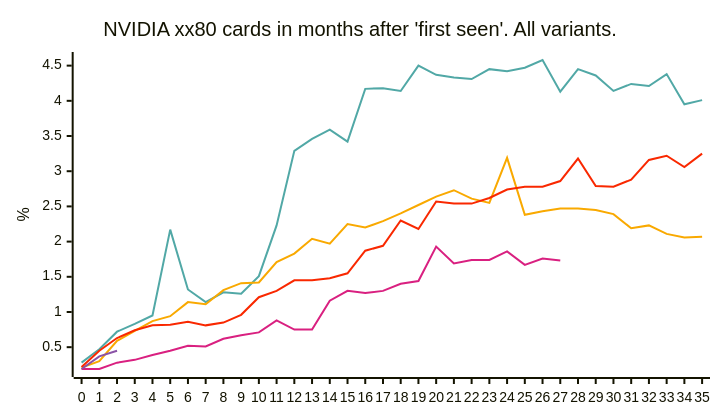
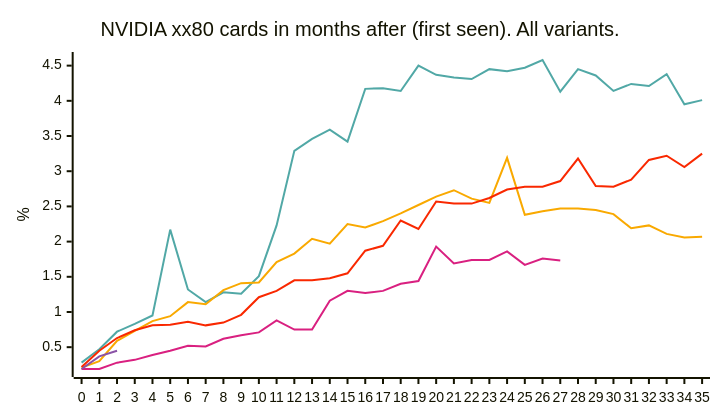
Before and after one commit to jdegene/birch-mapping: the second of 5 diagrams in README.md, drawn with Mermaid. The commit also changed other lines of this file, not shown here.

````diff
--- a/README.md
+++ b/README.md
@@ -40,24 +40,24 @@
 ```mermaid
 ---
 config:
     xyChart:
         width: 700
         height: 400
         
     themeVariables:
         xyChart:
             plotColorPalette: "#51a8a6,#f9a900,#f92800,#d92080,#8a52a6"
 
 --- 
 
 
 xychart-beta
-    title "NVIDIA xx80 cards in months after 'first seen'. All variants."
+    title "NVIDIA xx80 cards in months after (first seen). All variants."
     x-axis[0, 1, 2, 3, 4, 5, 6, 7, 8, 9, 10, 11, 12, 13, 14, 15, 16, 17, 18, 19, 20, 21, 22, 23, 24, 25, 26, 27, 28, 29, 30, 31, 32, 33, 34, 35]
     y-axis "%" 
     line [0.27999999999999997, 0.47000000000000003, 0.72, 0.83, 0.95, 2.17, 1.32, 1.1400000000000001, 1.2799999999999998, 1.26, 1.5099999999999998, 2.23, 3.29, 3.46, 3.5900000000000003, 3.42, 4.17, 4.180000000000001, 4.14, 4.5, 4.37, 4.33, 4.31, 4.45, 4.42, 4.470000000000001, 4.58, 4.130000000000001, 4.45, 4.36, 4.14, 4.24, 4.21, 4.38, 3.95, 4.01]
     line [0.21, 0.3, 0.59, 0.7299999999999999, 0.8699999999999999, 0.9400000000000001, 1.1400000000000001, 1.1099999999999999, 1.31, 1.41, 1.4200000000000002, 1.71, 1.83, 2.04, 1.97, 2.25, 2.1999999999999997, 2.29, 2.4, 2.52, 2.64, 2.73, 2.6100000000000003, 2.5500000000000003, 3.19, 2.3800000000000003, 2.43, 2.4699999999999998, 2.4699999999999998, 2.45, 2.3899999999999997, 2.19, 2.23, 2.11, 2.06, 2.07]
     line [0.22, 0.44999999999999996, 0.63, 0.74, 0.8099999999999999, 0.8200000000000001, 0.86, 0.8099999999999999, 0.8500000000000001, 0.96, 1.21, 1.3, 1.4500000000000002, 1.45, 1.48, 1.55, 1.87, 1.94, 2.3, 2.18, 2.5700000000000003, 2.54, 2.54, 2.62, 2.74, 2.78, 2.78, 2.86, 3.18, 2.79, 2.78, 2.88, 3.16, 3.2199999999999998, 3.06, 3.25]
     line [0.19, 0.19, 0.27999999999999997, 0.32, 0.38999999999999996, 0.44999999999999996, 0.52, 0.51, 0.62, 0.67, 0.7100000000000001, 0.88, 0.75, 0.75, 1.16, 1.3, 1.27, 1.3, 1.4000000000000001, 1.44, 1.9299999999999997, 1.69, 1.7399999999999998, 1.7399999999999998, 1.8599999999999999, 1.67, 1.7599999999999998, 1.73]
     line [0.19, 0.37, 0.44999999999999996]
 ``` 
````
